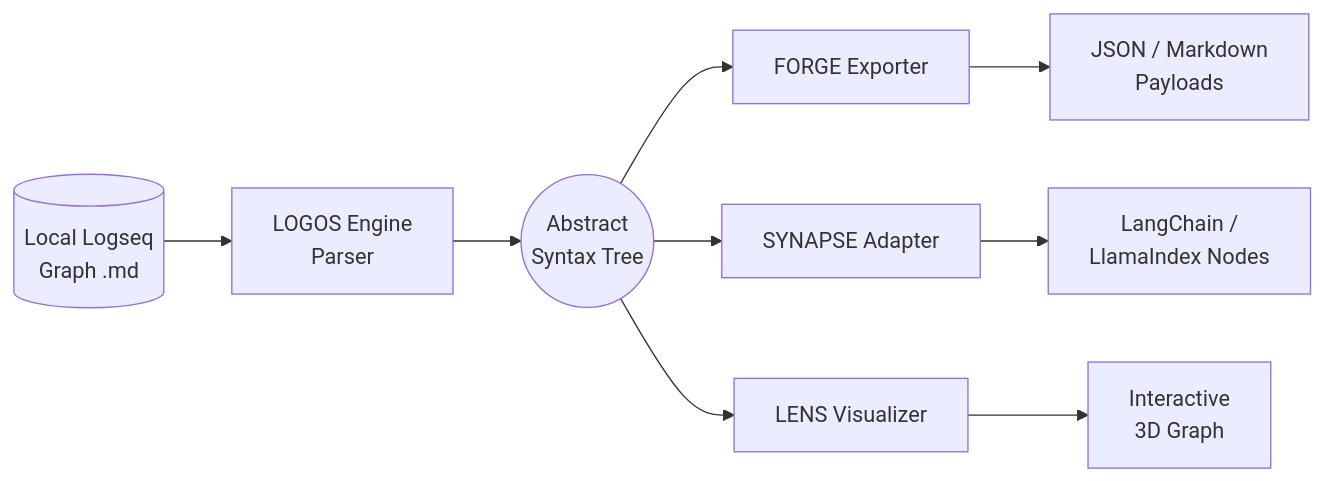
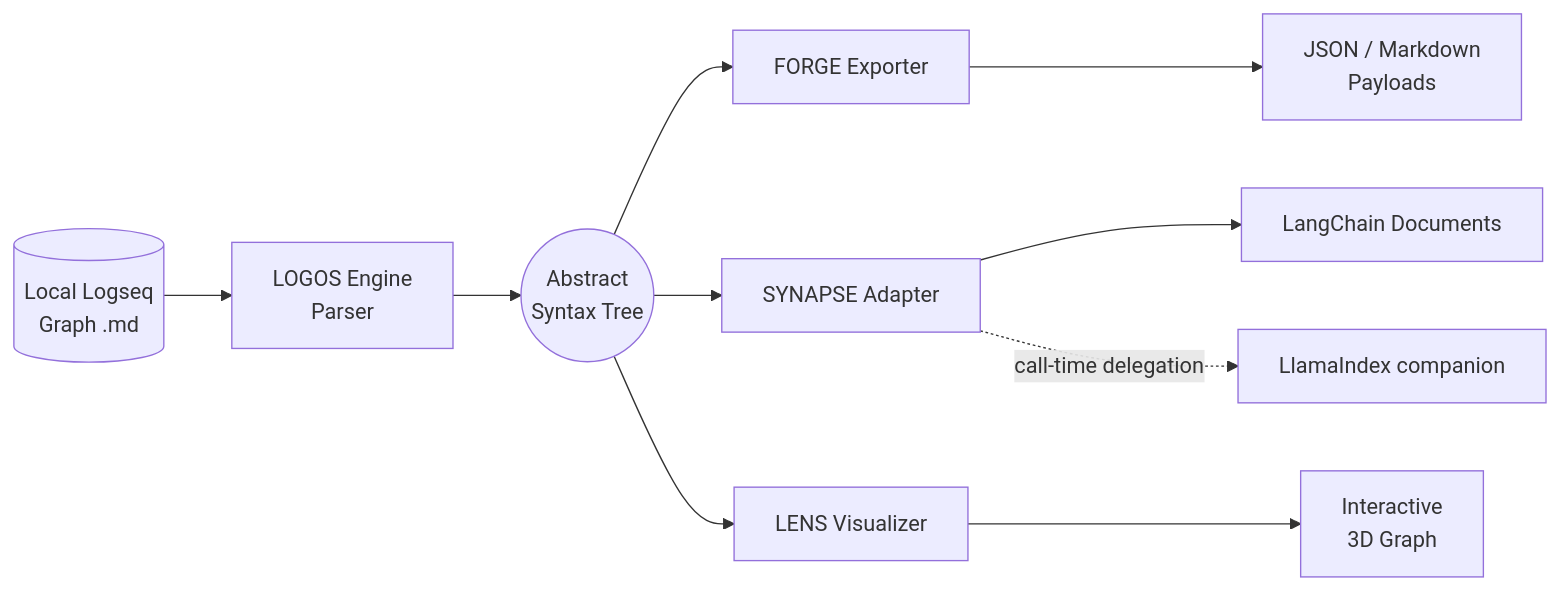
Before and after one commit to MarcoPorcellato/logseq-matryca-parser: the first of 6 diagrams in docs/ARCHITECTURE.md, drawn with Mermaid. The commit also changed other lines of this file and 29 other files, not shown here.

Commit message:
refactor: isolate LlamaIndex export from parser

````diff
--- a/docs/ARCHITECTURE.md
+++ b/docs/ARCHITECTURE.md
@@ -47,13 +47,14 @@
 ```mermaid
 flowchart LR
     FS[(Local Logseq\nGraph .md)] --> Logos[LOGOS Engine\nParser]
     Logos --> AST((Abstract\nSyntax Tree))
     
     AST --> Forge[FORGE Exporter]
     AST --> Synapse[SYNAPSE Adapter]
     AST --> Lens[LENS Visualizer]
     
     Forge --> JSON[JSON / Markdown\nPayloads]
-    Synapse --> AI[LangChain /\nLlamaIndex Nodes]
+    Synapse --> LC[LangChain Documents]
+    Synapse -. call-time delegation .-> LI[LlamaIndex companion]
     Lens --> HTML[Interactive\n3D Graph]
 ```
````
